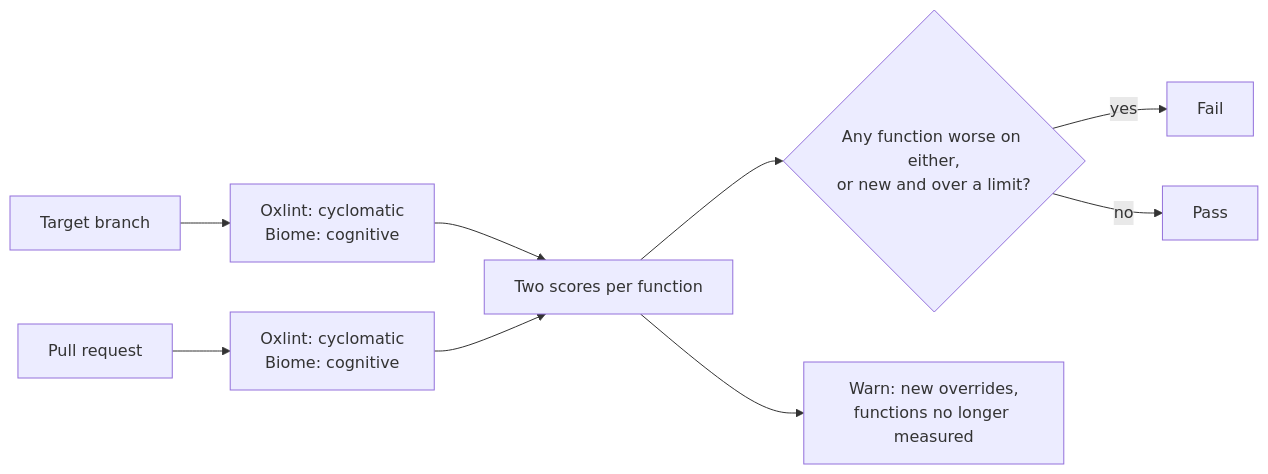
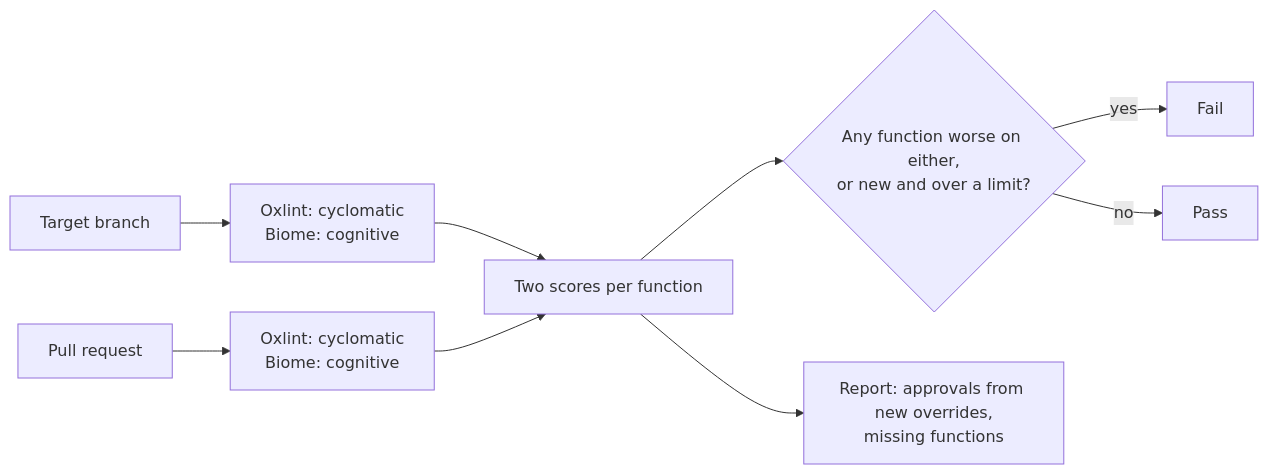
The diagram in README.md (jagreehal/cyclomatic-and-cognitive-complexity-explained), drawn with Mermaid before and after one commit. The commit also changed other lines of this file and 29 other files, not shown here.

````diff
--- a/README.md
+++ b/README.md
@@ -1283,11 +1466,11 @@
 ```mermaid
 flowchart LR
   base[Target branch] --> A[Oxlint: cyclomatic<br/>Biome: cognitive]
   head[Pull request] --> B[Oxlint: cyclomatic<br/>Biome: cognitive]
   A --> C[Two scores per function]
   B --> C
   C --> D{Any function worse on either,<br/>or new and over a limit?}
   D -->|yes| F[Fail]
   D -->|no| P[Pass]
-  C --> W[Warn: new overrides,<br/>functions no longer measured]
+  C --> W[Report: approvals from new overrides,<br/>missing functions]
 ```
````
